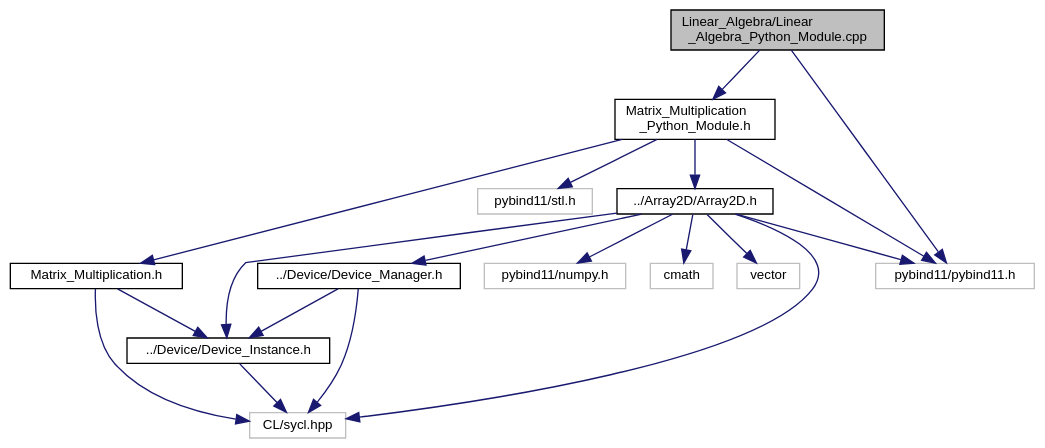
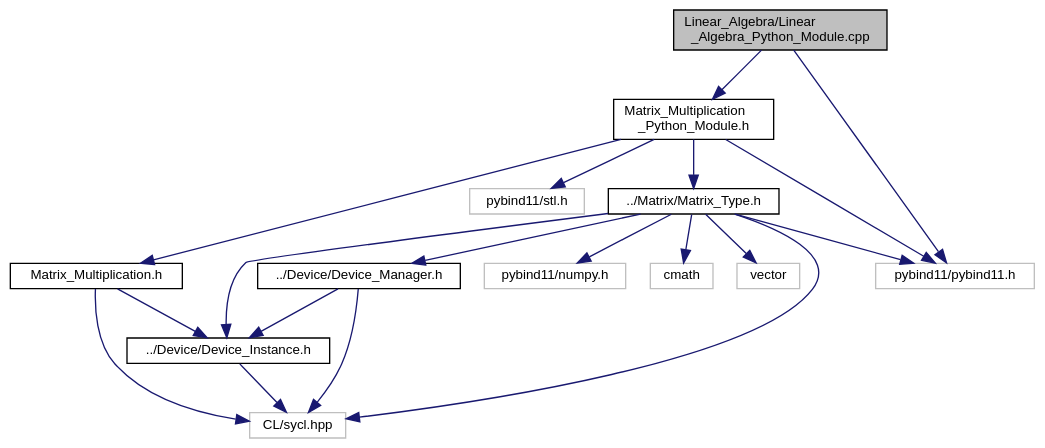
One commit to OsmanAEG/PySYCL changed the diagram in docs/PySYCL_doxygen_html/_linear___algebra___python___module_8cpp__incl.dot. Above: the diagram before and after it, drawn with Graphviz. The commit also changed 350 other files, not shown here.

```diff
--- a/docs/PySYCL_doxygen_html/_linear___algebra___python___module_8cpp__incl.dot
+++ b/docs/PySYCL_doxygen_html/_linear___algebra___python___module_8cpp__incl.dot
@@ -1,38 +1,38 @@
 digraph "Linear_Algebra/Linear_Algebra_Python_Module.cpp"
 {
  // INTERACTIVE_SVG=YES
  // LATEX_PDF_SIZE
   bgcolor="transparent";
   edge [fontname="Helvetica",fontsize="10",labelfontname="Helvetica",labelfontsize="10"];
   node [fontname="Helvetica",fontsize="10",shape=record];
   Node1 [label="Linear_Algebra/Linear\l_Algebra_Python_Module.cpp",height=0.2,width=0.4,color="black", fillcolor="grey75", style="filled", fontcolor="black",tooltip="Python module for linalg in PySYCL."];
   Node1 -> Node2 [color="midnightblue",fontsize="10",style="solid",fontname="Helvetica"];
   Node2 [label="pybind11/pybind11.h",height=0.2,width=0.4,color="grey75",tooltip=" "];
   Node1 -> Node3 [color="midnightblue",fontsize="10",style="solid",fontname="Helvetica"];
   Node3 [label="Matrix_Multiplication\l_Python_Module.h",height=0.2,width=0.4,color="black",URL="$_matrix___multiplication___python___module_8h.html",tooltip="Python module for a matrix multiplication in PySYCL."];
   Node3 -> Node2 [color="midnightblue",fontsize="10",style="solid",fontname="Helvetica"];
   Node3 -> Node4 [color="midnightblue",fontsize="10",style="solid",fontname="Helvetica"];
   Node4 [label="pybind11/stl.h",height=0.2,width=0.4,color="grey75",tooltip=" "];
   Node3 -> Node5 [color="midnightblue",fontsize="10",style="solid",fontname="Helvetica"];
-  Node5 [label="../Array2D/Array2D.h",height=0.2,width=0.4,color="black",URL="$_array2_d_8h.html",tooltip="Array2D in PySYCL."];
+  Node5 [label="../Matrix/Matrix_Type.h",height=0.2,width=0.4,color="black",URL="$_matrix___type_8h.html",tooltip="Matrix Type Object in PySYCL."];
   Node5 -> Node6 [color="midnightblue",fontsize="10",style="solid",fontname="Helvetica"];
   Node6 [label="CL/sycl.hpp",height=0.2,width=0.4,color="grey75",tooltip=" "];
   Node5 -> Node7 [color="midnightblue",fontsize="10",style="solid",fontname="Helvetica"];
   Node7 [label="pybind11/numpy.h",height=0.2,width=0.4,color="grey75",tooltip=" "];
   Node5 -> Node2 [color="midnightblue",fontsize="10",style="solid",fontname="Helvetica"];
   Node5 -> Node8 [color="midnightblue",fontsize="10",style="solid",fontname="Helvetica"];
   Node8 [label="cmath",height=0.2,width=0.4,color="grey75",tooltip=" "];
   Node5 -> Node9 [color="midnightblue",fontsize="10",style="solid",fontname="Helvetica"];
   Node9 [label="vector",height=0.2,width=0.4,color="grey75",tooltip=" "];
   Node5 -> Node10 [color="midnightblue",fontsize="10",style="solid",fontname="Helvetica"];
   Node10 [label="../Device/Device_Instance.h",height=0.2,width=0.4,color="black",URL="$_device___instance_8h.html",tooltip="Device instance for device selection in PySYCL."];
   Node10 -> Node6 [color="midnightblue",fontsize="10",style="solid",fontname="Helvetica"];
   Node5 -> Node11 [color="midnightblue",fontsize="10",style="solid",fontname="Helvetica"];
   Node11 [label="../Device/Device_Manager.h",height=0.2,width=0.4,color="black",URL="$_device___manager_8h.html",tooltip="Device instance for device selection in PySYCL."];
   Node11 -> Node6 [color="midnightblue",fontsize="10",style="solid",fontname="Helvetica"];
   Node11 -> Node10 [color="midnightblue",fontsize="10",style="solid",fontname="Helvetica"];
   Node3 -> Node12 [color="midnightblue",fontsize="10",style="solid",fontname="Helvetica"];
   Node12 [label="Matrix_Multiplication.h",height=0.2,width=0.4,color="black",URL="$_matrix___multiplication_8h.html",tooltip="Matrix Multiplication in PySYCL."];
   Node12 -> Node6 [color="midnightblue",fontsize="10",style="solid",fontname="Helvetica"];
   Node12 -> Node10 [color="midnightblue",fontsize="10",style="solid",fontname="Helvetica"];
 }
```
